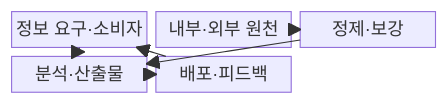
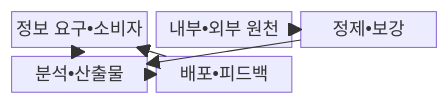
The first of 2 diagrams in src/content/docs/notes/05-security/031_cyber_threat_intelligence.md (agnusdei1207/knowledge-base), drawn with Mermaid before and after one commit. The commit also changed other lines of this file and 953 other files, not shown here.

````diff
--- a/src/content/docs/notes/05-security/031_cyber_threat_intelligence.md
+++ b/src/content/docs/notes/05-security/031_cyber_threat_intelligence.md
@@ -66,14 +66,14 @@
 ```mermaid
 block
     columns 3
-    A["정보 요구·소비자"]
-    B["내부·외부 원천"]
-    C["정제·보강"]
-    D["분석·산출물"]
-    E["배포·피드백"]
+    A["정보 요구•소비자"]
+    B["내부•외부 원천"]
+    C["정제•보강"]
+    D["분석•산출물"]
+    E["배포•피드백"]
     A --> D
     B --> C
     C --> D
     D --> E
     E --> A
 ```
````
